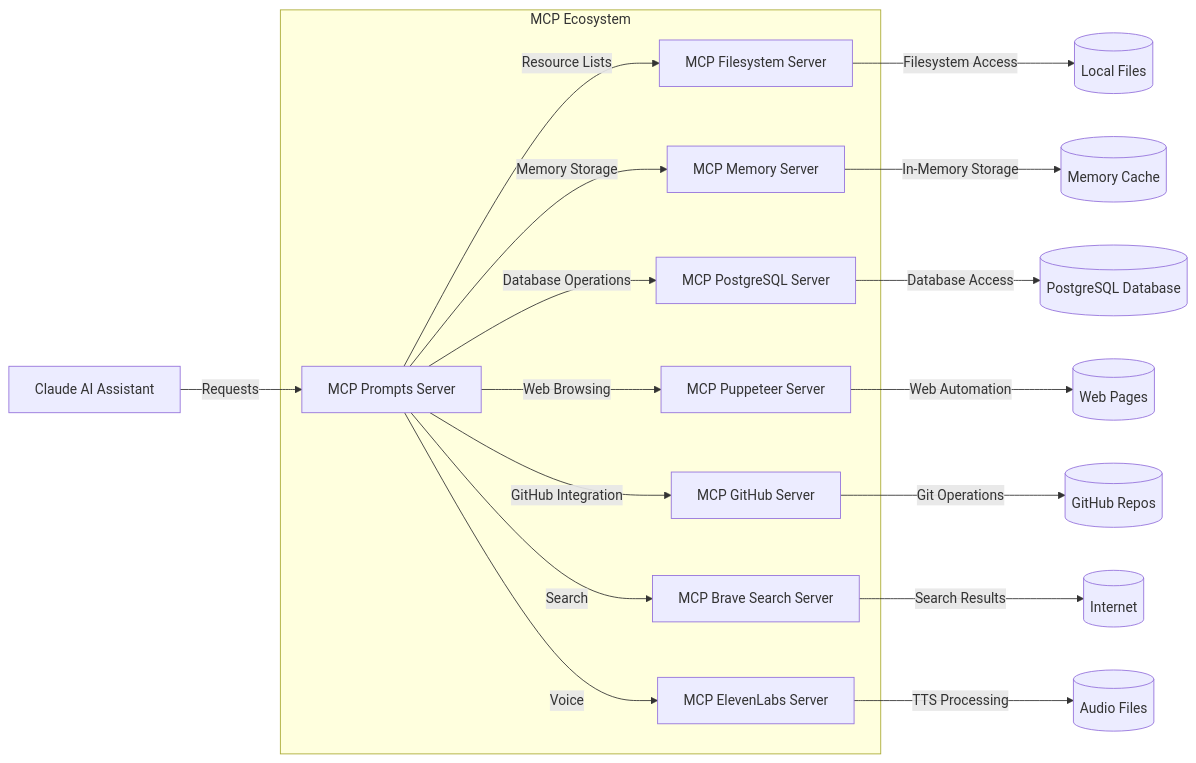
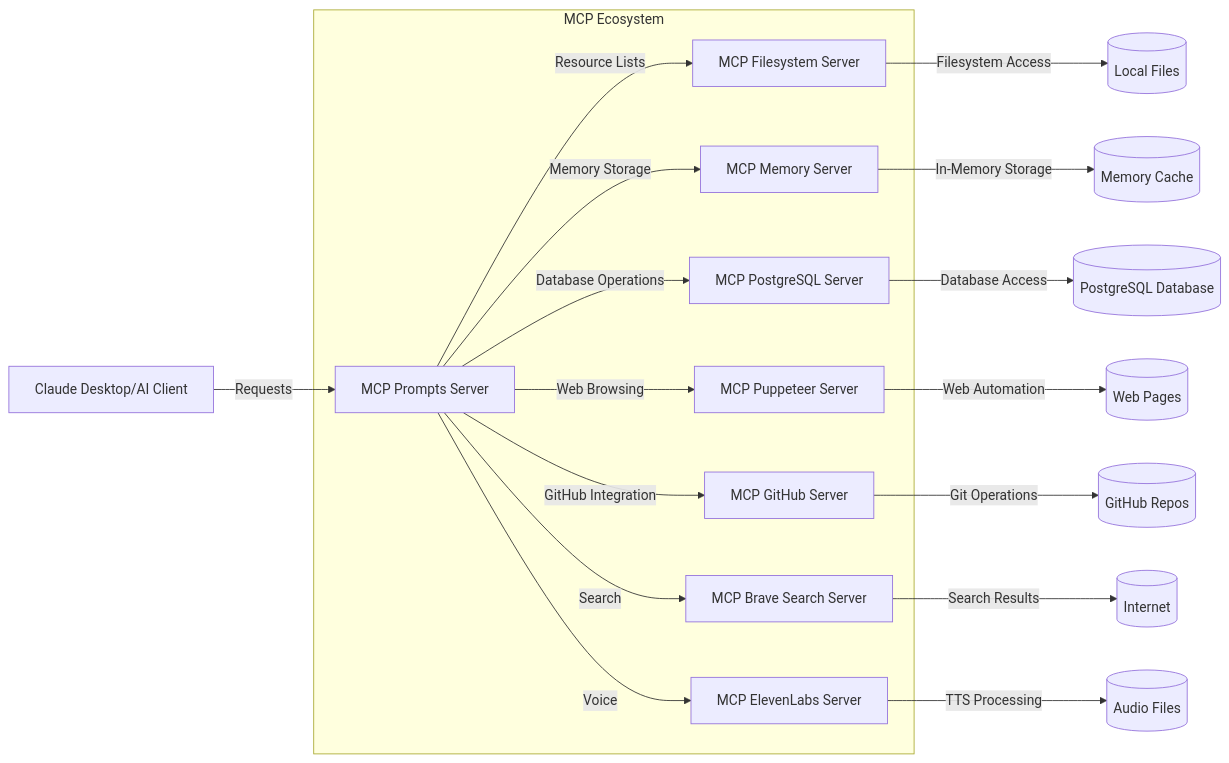
One commit to tjks111/mcp-prompt changed the seventh of 19 diagrams in README.md. Above: the diagram before and after it, drawn with Mermaid. The commit also changed other lines of this file and 19 other files, not shown here.

Commit message:
Refactor Docker setup, add MCP server integration diagrams, and improve prompts

````diff
--- a/README.md
+++ b/README.md
@@ -1003,22 +1059,22 @@
 ```mermaid
 graph LR
-    Claude[Claude AI Assistant] -->|Requests| MCP[MCP Prompts Server]
+    Claude[Claude Desktop/AI Client] --> |Requests| MCP[MCP Prompts Server]
     
     subgraph MCP Ecosystem
         MCP -->|Resource Lists| FileServer[MCP Filesystem Server]
         MCP -->|Memory Storage| MemoryServer[MCP Memory Server]
         MCP -->|Database Operations| PostgresServer[MCP PostgreSQL Server]
         MCP -->|Web Browsing| PuppeteerServer[MCP Puppeteer Server]
         MCP -->|GitHub Integration| GitHubServer[MCP GitHub Server]
         MCP -->|Search| BraveServer[MCP Brave Search Server]
         MCP -->|Voice| ElevenLabsServer[MCP ElevenLabs Server]
     end
     
     FileServer -->|Filesystem Access| Files[(Local Files)]
     MemoryServer -->|In-Memory Storage| Memory[(Memory Cache)]
     PostgresServer -->|Database Access| DB[(PostgreSQL Database)]
     PuppeteerServer -->|Web Automation| Web[(Web Pages)]
     GitHubServer -->|Git Operations| GitHub[(GitHub Repos)]
     BraveServer -->|Search Results| Internet[(Internet)]
     ElevenLabsServer -->|TTS Processing| Audio[(Audio Files)]
 ```
````
